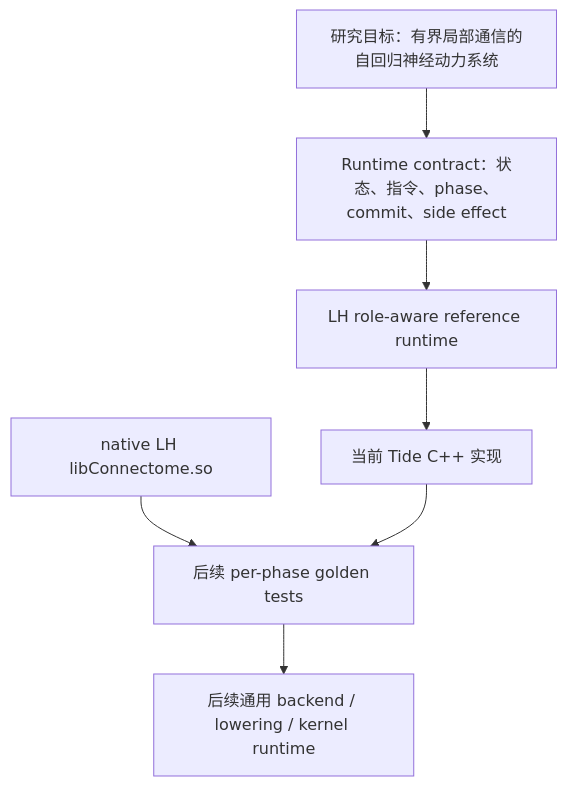
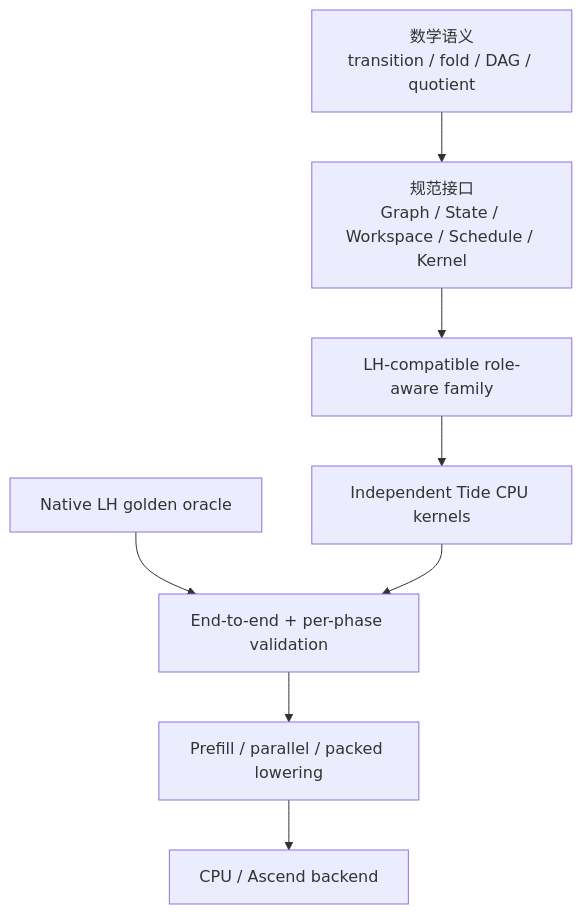
The diagram in 20-tide-decentralized-neural-network/current-architecture-state.md (ZichaoLong/ObsidianVault), drawn with Mermaid before and after one commit. The commit also changed other lines of this file and 5 other files, not shown here.

````diff
--- a/20-tide-decentralized-neural-network/current-architecture-state.md
+++ b/20-tide-decentralized-neural-network/current-architecture-state.md
@@ -40,17 +53,19 @@
 ```mermaid
 flowchart TB
-  Motivation["研究目标：有界局部通信的自回归神经动力系统"]
-  Contract["Runtime contract：状态、指令、phase、commit、side effect"]
-  LHRef["LH role-aware reference runtime"]
-  TideCore["当前 Tide C++ 实现"]
-  NativeLH["native LH libConnectome.so"]
-  Golden["后续 per-phase golden tests"]
-  Backend["后续通用 backend / lowering / kernel runtime"]
+  Math["数学语义<br/>transition / fold / DAG / quotient"]
+  Contract["规范接口<br/>Graph / State / Workspace / Schedule / Kernel"]
+  LHSpec["LH-compatible role-aware family"]
+  TideCPU["Independent Tide CPU kernels"]
+  Native["Native LH golden oracle"]
+  Validate["End-to-end + per-phase validation"]
+  Optimize["Prefill / parallel / packed lowering"]
+  Backend["CPU / Ascend backend"]
 
-  Motivation --> Contract
-  Contract --> LHRef
-  LHRef --> TideCore
-  NativeLH --> Golden
-  TideCore --> Golden
-  Golden --> Backend
+  Math --> Contract
+  Contract --> LHSpec
+  LHSpec --> TideCPU
+  Native --> Validate
+  TideCPU --> Validate
+  Validate --> Optimize
+  Optimize --> Backend
 ```
````
